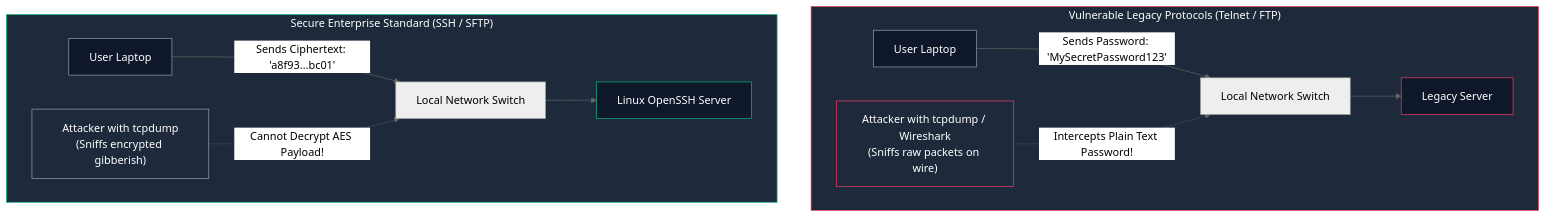
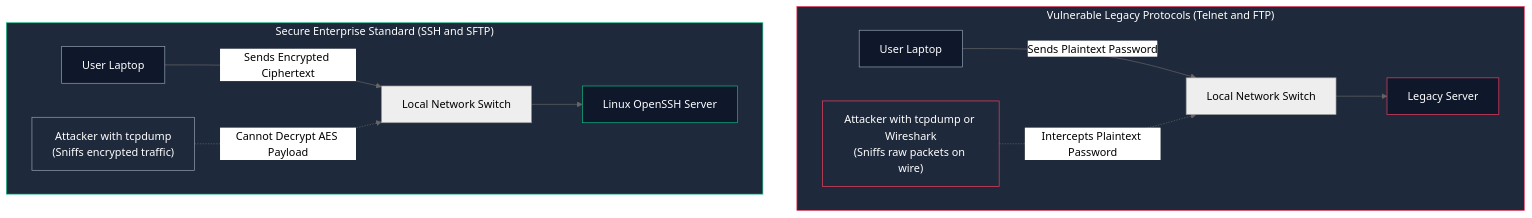
Before and after one commit to Kashif-Mashi/Blue-Team-Handbook: the second of 3 diagrams in System-and-Network-Administrator/06-Remote-File-Management/01-PuTTY-and-WinSCP.md, drawn with Mermaid (neutral theme). The commit also changed other lines of this file and 13 other files, not shown here.

Commit message:
Verification & Fixes: Mermaid Diagrams Across the Repository

````diff
--- a/System-and-Network-Administrator/06-Remote-File-Management/01-PuTTY-and-WinSCP.md
+++ b/System-and-Network-Administrator/06-Remote-File-Management/01-PuTTY-and-WinSCP.md
@@ -81,25 +81,25 @@
 ```mermaid
 flowchart TD
-    subgraph Cleartext["Vulnerable Legacy Protocols (Telnet / FTP)"]
+    subgraph Cleartext["Vulnerable Legacy Protocols (Telnet and FTP)"]
         direction LR
-        USER1["User Laptop"] -->|Sends Password: 'MySecretPassword123'| NET1["Local Network Switch"]
-        SNIFFER["Attacker with tcpdump / Wireshark<br/>(Sniffs raw packets on wire)"] -.->|Intercepts Plain Text Password!| NET1
+        USER1["User Laptop"] -->|"Sends Plaintext Password"| NET1["Local Network Switch"]
+        SNIFFER["Attacker with tcpdump or Wireshark<br/>(Sniffs raw packets on wire)"] -.->|"Intercepts Plaintext Password"| NET1
         NET1 --> SERVER1["Legacy Server"]
     end
 
-    subgraph Encrypted["Secure Enterprise Standard (SSH / SFTP)"]
+    subgraph Encrypted["Secure Enterprise Standard (SSH and SFTP)"]
         direction LR
-        USER2["User Laptop"] -->|Sends Ciphertext: 'a8f93...bc01'| NET2["Local Network Switch"]
-        ATTACKER["Attacker with tcpdump<br/>(Sniffs encrypted gibberish)"] -.->|Cannot Decrypt AES Payload!| NET2
+        USER2["User Laptop"] -->|"Sends Encrypted Ciphertext"| NET2["Local Network Switch"]
+        ATTACKER["Attacker with tcpdump<br/>(Sniffs encrypted traffic)"] -.->|"Cannot Decrypt AES Payload"| NET2
         NET2 --> SERVER2["Linux OpenSSH Server"]
     end
 
     style Cleartext fill:#1e293b,stroke:#f43f5e,color:#fff
     style Encrypted fill:#1e293b,stroke:#10b981,color:#fff
     style USER1 fill:#0f172a,stroke:#94a3b8,color:#fff
     style USER2 fill:#0f172a,stroke:#94a3b8,color:#fff
     style SNIFFER fill:#1e293b,stroke:#f43f5e,color:#fff
     style ATTACKER fill:#1e293b,stroke:#94a3b8,color:#fff
     style SERVER1 fill:#0f172a,stroke:#f43f5e,color:#fff
     style SERVER2 fill:#0f172a,stroke:#10b981,color:#fff
 ```
````
